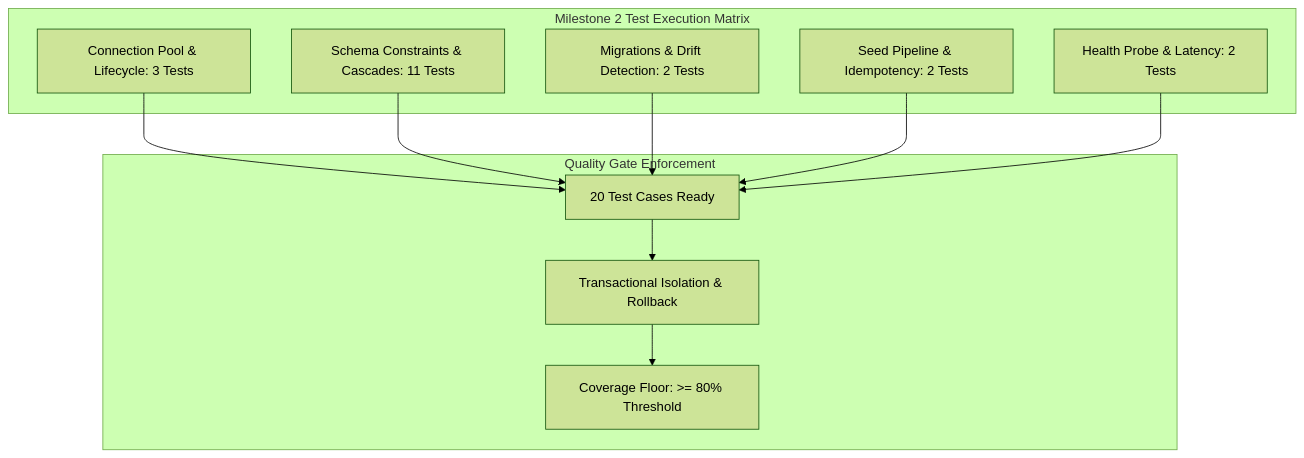
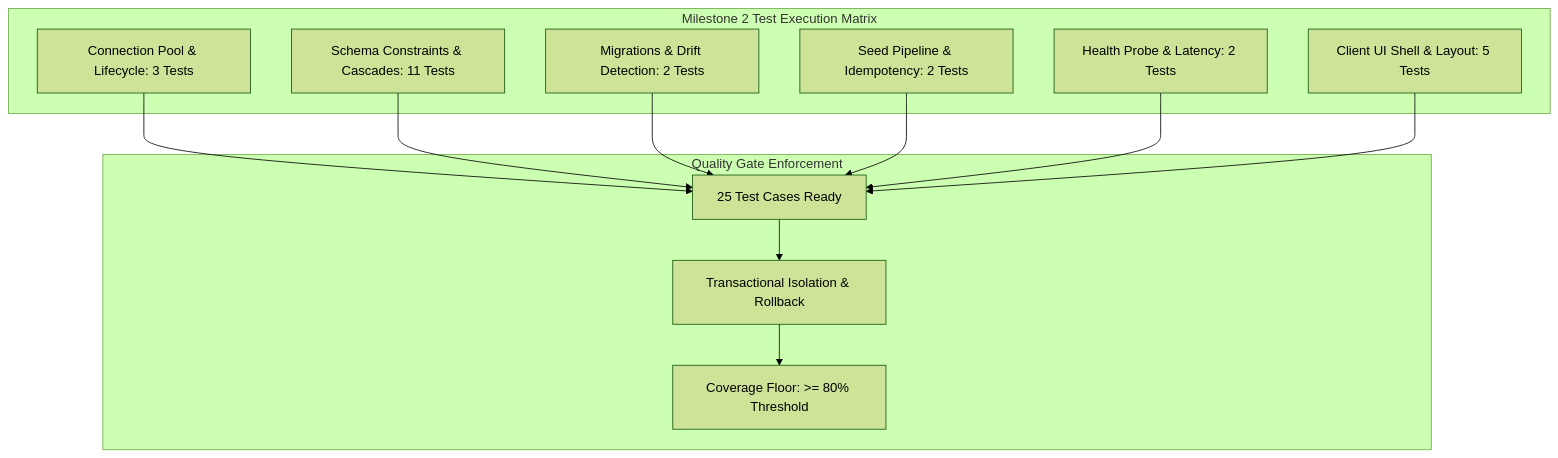
Before and after one commit to hrutavmodha/smex-store: the diagram in docs/internal/testing/llt/data-layer.md, drawn with Mermaid (forest theme). The commit also changed other lines of this file and 3 other files, not shown here.

Commit message:
refined roadmap

````diff
--- a/docs/internal/testing/llt/data-layer.md
+++ b/docs/internal/testing/llt/data-layer.md
@@ -13,24 +13,26 @@
 ```mermaid
 flowchart TD
     subgraph TestSuite["Milestone 2 Test Execution Matrix"]
         TC_POOL["Connection Pool & Lifecycle: 3 Tests"]
         TC_SCHEMA["Schema Constraints & Cascades: 11 Tests"]
         TC_MIGRATION["Migrations & Drift Detection: 2 Tests"]
         TC_SEED["Seed Pipeline & Idempotency: 2 Tests"]
         TC_HEALTH["Health Probe & Latency: 2 Tests"]
+        TC_UI_SHELL["Client UI Shell & Layout: 5 Tests"]
     end
 
     subgraph QualityGate["Quality Gate Enforcement"]
-        TOTAL["20 Test Cases Ready"]
+        TOTAL["25 Test Cases Ready"]
         ISOLATION["Transactional Isolation & Rollback"]
         GATE["Coverage Floor: >= 80% Threshold"]
     end
 
     TC_POOL --> TOTAL
     TC_SCHEMA --> TOTAL
     TC_MIGRATION --> TOTAL
     TC_SEED --> TOTAL
     TC_HEALTH --> TOTAL
+    TC_UI_SHELL --> TOTAL
     TOTAL --> ISOLATION
     ISOLATION --> GATE
 ```
````
